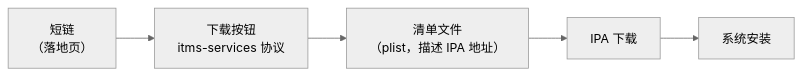
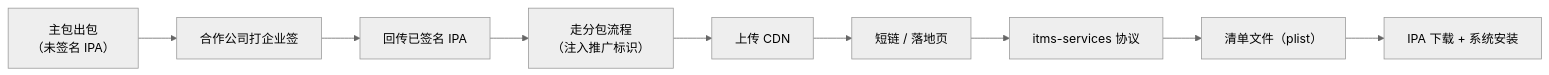
The third of 4 diagrams in _posts/2026-10-13-game-publish-platform-03-pack-split.md (sunshare/sunshare.github.io), drawn with Mermaid (neutral theme) before and after one commit. The commit also changed other lines of this file, not shown here.

````diff
--- a/_posts/2026-10-13-game-publish-platform-03-pack-split.md
+++ b/_posts/2026-10-13-game-publish-platform-03-pack-split.md
@@ -158,7 +158,11 @@
 ```mermaid
 flowchart LR
-    L["短链<br/>（落地页）"] --> H["下载按钮<br/>itms-services 协议"]
-    H --> M["清单文件<br/>（plist，描述 IPA 地址）"]
-    M --> I["IPA 下载"]
-    I --> N["系统安装"]
+    A["主包出包<br/>（未签名 IPA）"] --> B["合作公司打企业签"]
+    B --> C["回传已签名 IPA"]
+    C --> D["走分包流程<br/>（注入推广标识）"]
+    D --> E["上传 CDN"]
+    E --> F["短链 / 落地页"]
+    F --> G["itms-services 协议"]
+    G --> H["清单文件（plist）"]
+    H --> I["IPA 下载 + 系统安装"]
 ```
````
